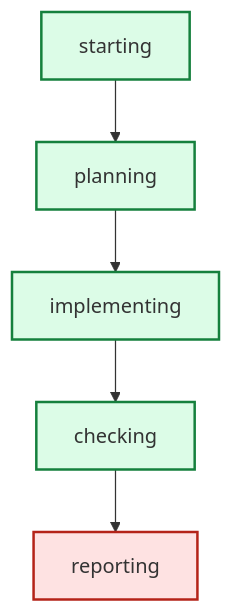
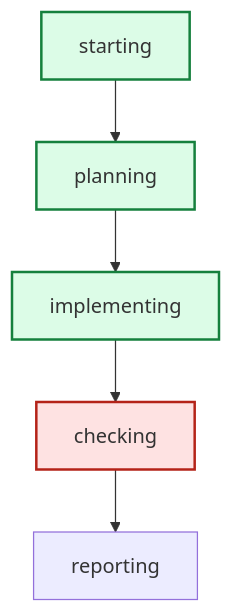
One commit to daniell0gda/hermes-feature-check-dashboard changed the diagram in latest/graph.mmd. Above: the diagram before and after it, drawn with Mermaid. The commit also changed 24 other files, not shown here.

```diff
--- a/latest/graph.mmd
+++ b/latest/graph.mmd
@@ -1,14 +1,13 @@
 graph TD
     starting --> planning
     planning --> implementing
     implementing --> checking
     checking --> reporting
 
 classDef done fill:#dcfce7,stroke:#15803d,stroke-width:2px;
 classDef active fill:#dbeafe,stroke:#2563eb,stroke-width:3px;
 classDef failed fill:#fee2e2,stroke:#b42318,stroke-width:2px;
-class checking done;
+class implementing done;
+class checking failed;
 class planning done;
-class implementing done;
 class starting done;
-class reporting failed;
```
